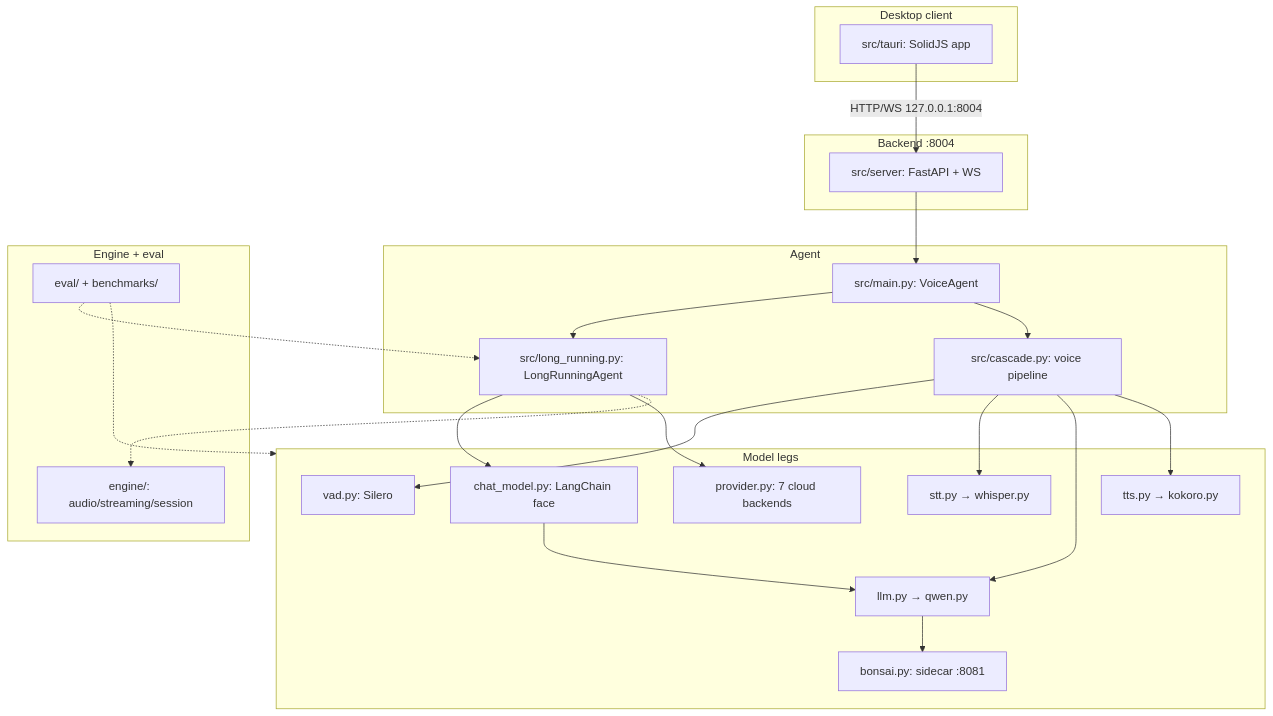
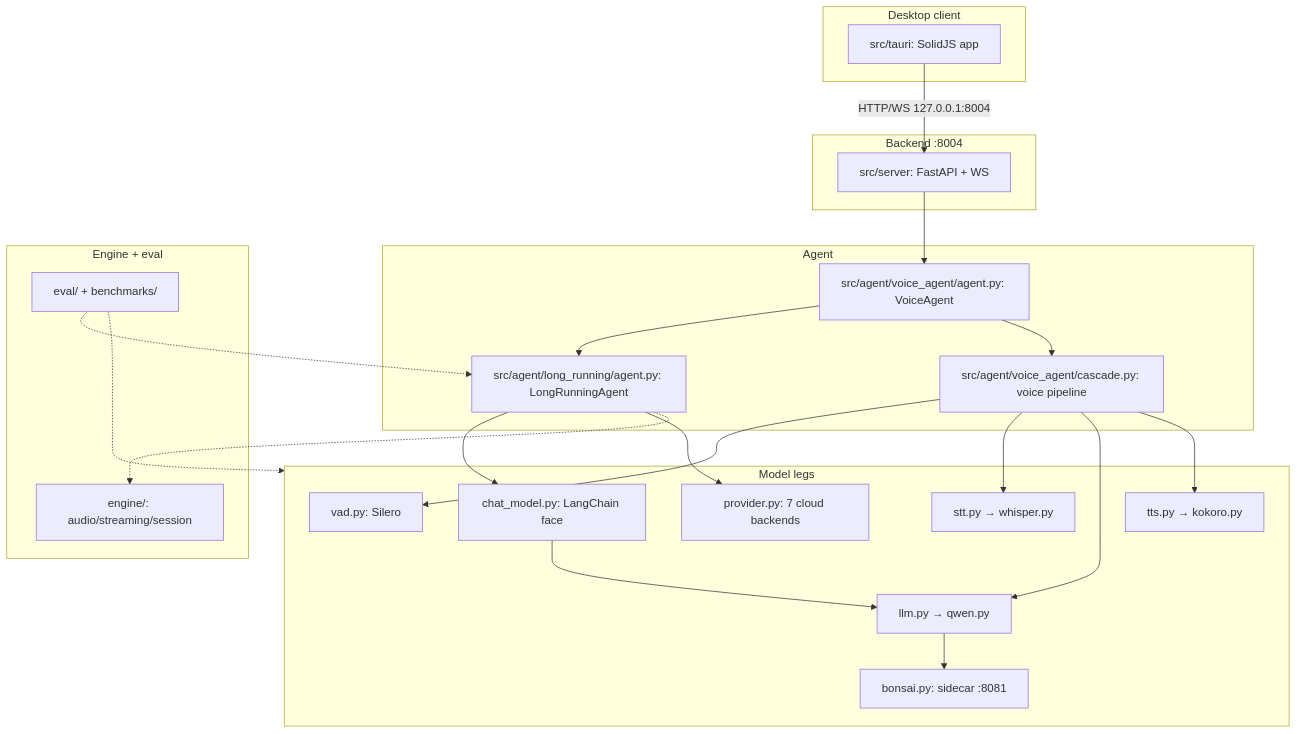
The first of 3 diagrams in ARCHITECTURE.md (Se00n00/VoiceRT), drawn with Mermaid before and after one commit. The commit also changed other lines of this file and 87 other files, not shown here.

Commit message:
change [agent]: reorganize packages and split long-running services

````diff
--- a/ARCHITECTURE.md
+++ b/ARCHITECTURE.md
@@ -22,39 +22,39 @@
 ```mermaid
 flowchart TB
     subgraph UI["Desktop client"]
         TAURI[src/tauri: SolidJS app]
     end
     subgraph SRV["Backend :8004"]
         API[src/server: FastAPI + WS]
     end
     subgraph AGT["Agent"]
-        VA[src/main.py: VoiceAgent]
-        HRN[src/long_running.py: LongRunningAgent]
-        CAS[src/cascade.py: voice pipeline]
+        VA[src/agent/voice_agent/agent.py: VoiceAgent]
+        HRN[src/agent/long_running/agent.py: LongRunningAgent]
+        CAS[src/agent/voice_agent/cascade.py: voice pipeline]
     end
     subgraph LEGS["Model legs"]
         VAD[vad.py: Silero]
         STT[stt.py → whisper.py]
         LLM[llm.py → qwen.py]
         WKR[bonsai.py: sidecar :8081]
         TTS[tts.py → kokoro.py]
         PROV[provider.py: 7 cloud backends]
         LC[chat_model.py: LangChain face]
     end
     subgraph ENG["Engine + eval"]
         ENGP[engine/: audio/streaming/session]
         EVAL[eval/ + benchmarks/]
     end
     TAURI -->|HTTP/WS 127.0.0.1:8004| API
     API --> VA
     VA --> HRN
     VA --> CAS
     HRN --> LC
     LC --> LLM
     HRN --> PROV
     LLM --> WKR
     CAS --> VAD & STT & LLM & TTS
     HRN -.-> ENGP
     EVAL -.-> HRN
     EVAL -.-> LEGS
 ```
````
